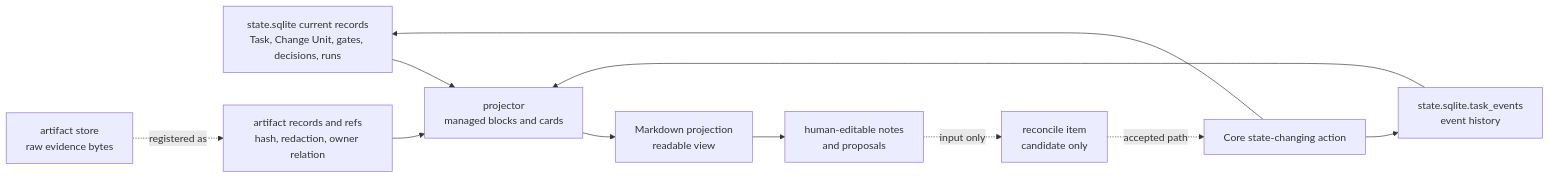
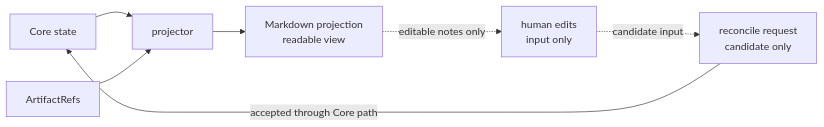
The diagram in docs/en/reference/document-projection.md (minjungw00/Volicord), drawn with Mermaid before and after one commit. The commit also changed 11 other files, not shown here.

Commit message:
docs: refresh diagrams for clarified harness flows

````diff
--- a/docs/en/reference/document-projection.md
+++ b/docs/en/reference/document-projection.md
@@ -72,23 +72,16 @@
 ```mermaid
 flowchart LR
-  State["state.sqlite current records<br/>Task, Change Unit, gates, decisions, runs"]
-  Events["state.sqlite.task_events<br/>event history"]
-  Store["artifact store<br/>raw evidence bytes"]
-  ArtifactRefs["artifact records and refs<br/>hash, redaction, owner relation"]
-  Projector["projector<br/>managed blocks and cards"]
+  Core["Core state"]
+  ArtifactRefs["ArtifactRefs"]
+  Projector["projector"]
   Markdown["Markdown projection<br/>readable view"]
-  Human["human-editable notes<br/>and proposals"]
-  Reconcile["reconcile item<br/>candidate only"]
-  Core["Core state-changing action"]
+  Human["human edits<br/>input only"]
+  Reconcile["reconcile request<br/>candidate only"]
 
-  State --> Projector
-  Events --> Projector
+  Core --> Projector
   ArtifactRefs --> Projector
-  Store -. "registered as" .-> ArtifactRefs
   Projector --> Markdown
-  Markdown --> Human
-  Human -. "input only" .-> Reconcile
-  Reconcile -. "accepted path" .-> Core
-  Core --> State
-  Core --> Events
+  Markdown -. "editable notes only" .-> Human
+  Human -. "candidate input" .-> Reconcile
+  Reconcile -->|accepted through Core path| Core
 ```
````
